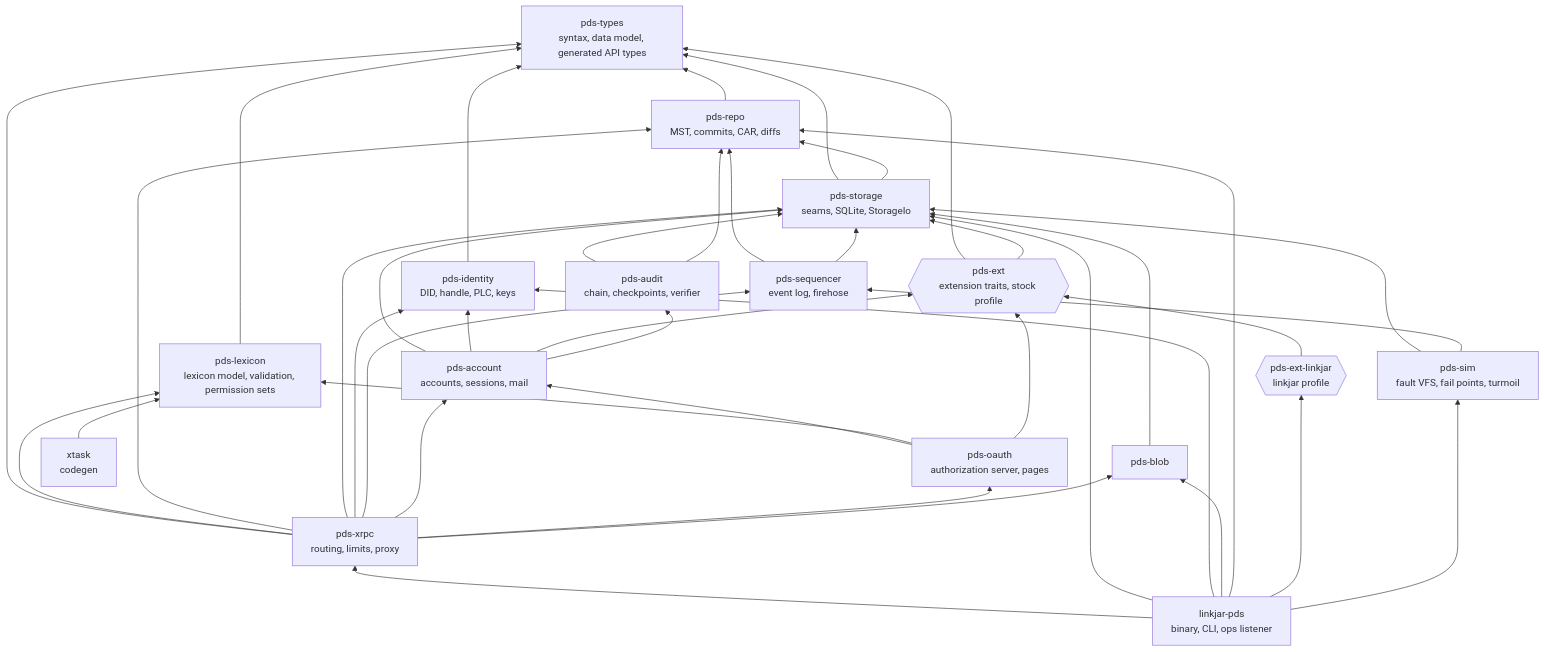
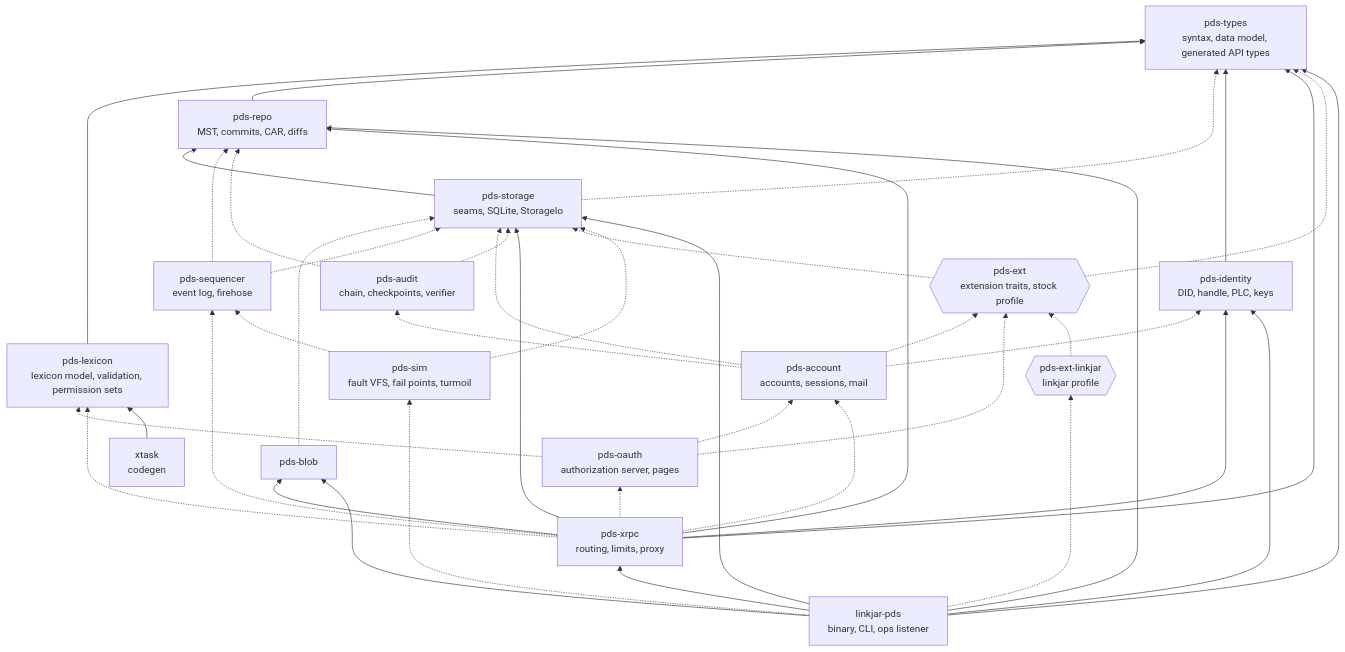
Before and after one commit to linkjar/pds: the diagram in docs/architecture/diagrams/03-crates.mmd, drawn with Mermaid. The commit also changed 95 other files, not shown here.

```diff
--- a/docs/architecture/diagrams/03-crates.mmd
+++ b/docs/architecture/diagrams/03-crates.mmd
@@ -1,32 +1,35 @@
 flowchart BT
   types[pds-types<br/>syntax, data model, generated API types]
   lexicon[pds-lexicon<br/>lexicon model, validation, permission sets]
   repo[pds-repo<br/>MST, commits, CAR, diffs]
   storage[pds-storage<br/>seams, SQLite, StorageIo]
   blob[pds-blob]
   identity[pds-identity<br/>DID, handle, PLC, keys]
   sequencer[pds-sequencer<br/>event log, firehose]
   account[pds-account<br/>accounts, sessions, mail]
   oauth[pds-oauth<br/>authorization server, pages]
   audit[pds-audit<br/>chain, checkpoints, verifier]
   xrpc[pds-xrpc<br/>routing, limits, proxy]
   ext{{pds-ext<br/>extension traits, stock profile}}
   linkjar{{pds-ext-linkjar<br/>linkjar profile}}
   sim[pds-sim<br/>fault VFS, fail points, turmoil]
   bin[linkjar-pds<br/>binary, CLI, ops listener]
   xtask[xtask<br/>codegen]
   lexicon --> types
   repo --> types
-  storage --> types & repo
-  blob --> storage
+  storage --> repo
+  storage -.-> types
+  blob -.-> storage
   identity --> types
-  sequencer --> repo & storage
-  account --> storage & identity & ext & audit
-  oauth --> account & lexicon & ext
-  audit --> storage & repo
-  xrpc --> types & lexicon & repo & storage & identity & sequencer & account & oauth & blob
-  ext --> types & storage
-  linkjar --> ext
-  sim --> storage & sequencer
-  bin --> xrpc & storage & identity & blob & repo & linkjar & sim
+  sequencer -.-> repo & storage
+  account -.-> storage & identity & ext & audit
+  oauth -.-> account & lexicon & ext
+  audit -.-> storage & repo
+  xrpc --> types & repo & storage & identity & blob
+  xrpc -.-> lexicon & sequencer & account & oauth
+  ext -.-> types & storage
+  linkjar -.-> ext
+  sim -.-> storage & sequencer
+  bin --> types & xrpc & storage & identity & blob & repo
+  bin -.-> linkjar & sim
   xtask --> lexicon
```
